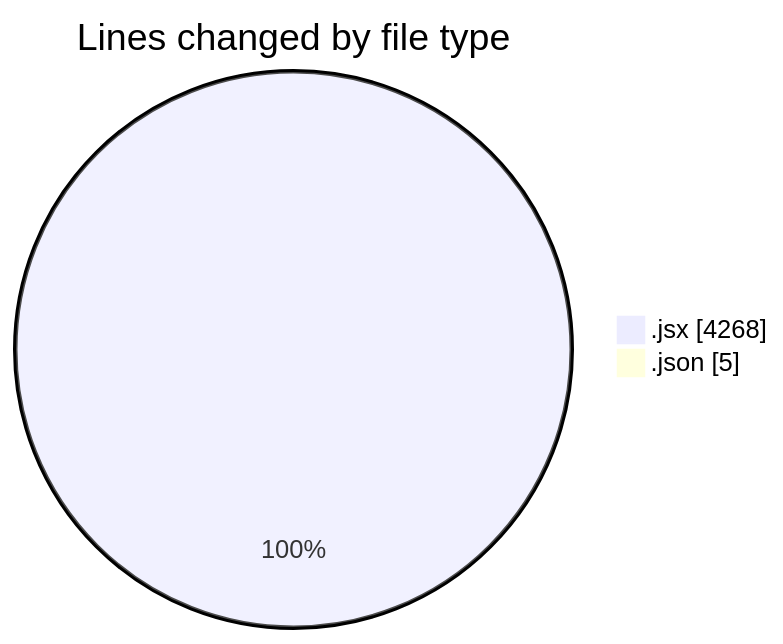
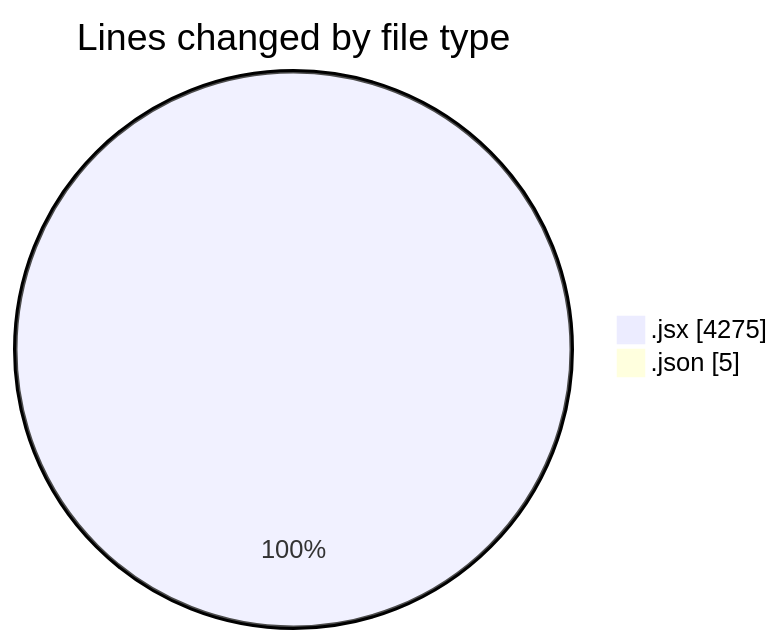
The first of 2 diagrams in 2025-11-18/nxtqube_webapp/README.md (nxtqubesakshisongat/code-tracking), drawn with Mermaid before and after one commit. The commit also changed other lines of this file and 1 other file, not shown here.

````diff
--- a/2025-11-18/nxtqube_webapp/README.md
+++ b/2025-11-18/nxtqube_webapp/README.md
@@ -25,6 +25,6 @@
 ```mermaid
 pie showData
 title Lines changed by file type
-".jsx" : 4268
+".jsx" : 4275
 ".json" : 5
 ```
````
